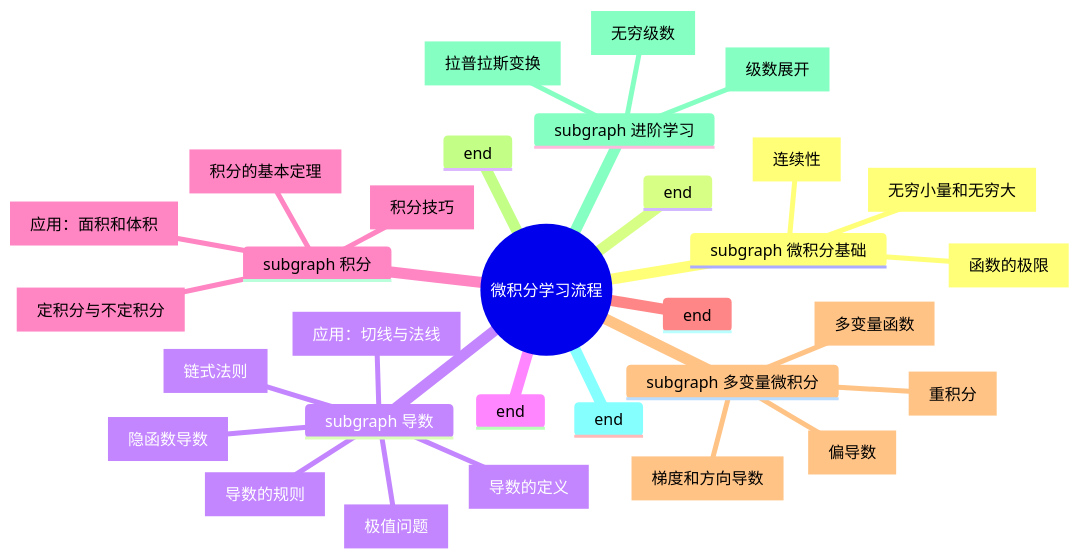
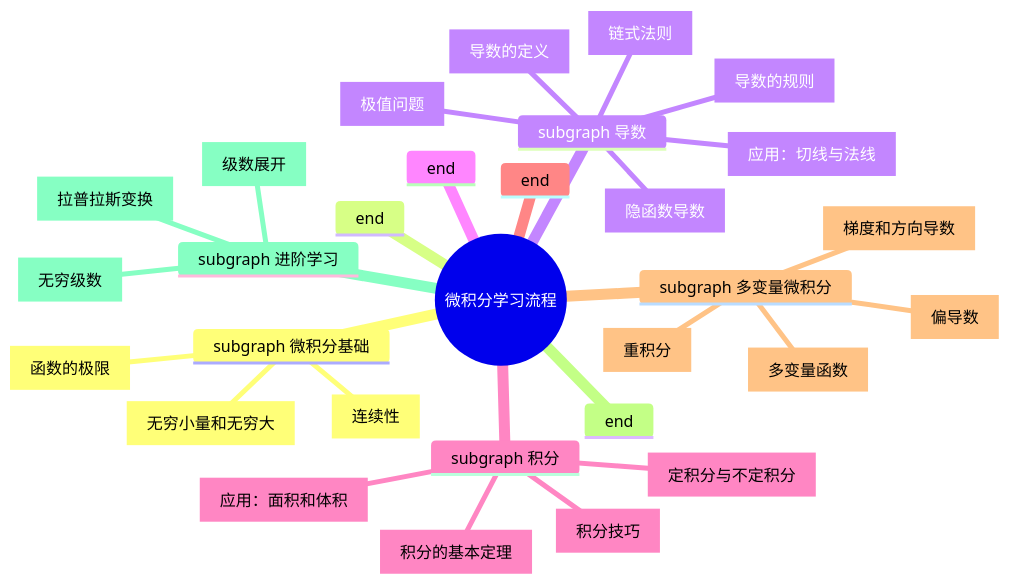
The diagram in all/未命名-1.md (RNGMARTIN/iodraw-files), drawn with Mermaid before and after one commit.

Commit message:
2025-02-24 11:01:03 update

````diff
--- a/all/未命名-1.md
+++ b/all/未命名-1.md
@@ -1,35 +1,35 @@
 ```mermaid
 mindmap
   root((微积分学习流程))
     subgraph 微积分基础
       A[函数的极限]
       B[连续性]
       C[无穷小量和无穷大]
     end
     subgraph 导数
       D[导数的定义]
       E[导数的规则]
       F[链式法则]
       G[隐函数导数]
       H[应用：切线与法线]
       I[极值问题]
     end
     subgraph 积分
       J[定积分与不定积分]
       K[积分的基本定理]
       L[积分技巧]
       M[应用：面积和体积]
     end
     subgraph 多变量微积分
       N[多变量函数]
       O[偏导数]
       P[梯度和方向导数]
       Q[重积分]
     end
     subgraph 进阶学习
       R[无穷级数]
       S[级数展开]
       T[拉普拉斯变换]
-    end
+    
 
 ```
````
